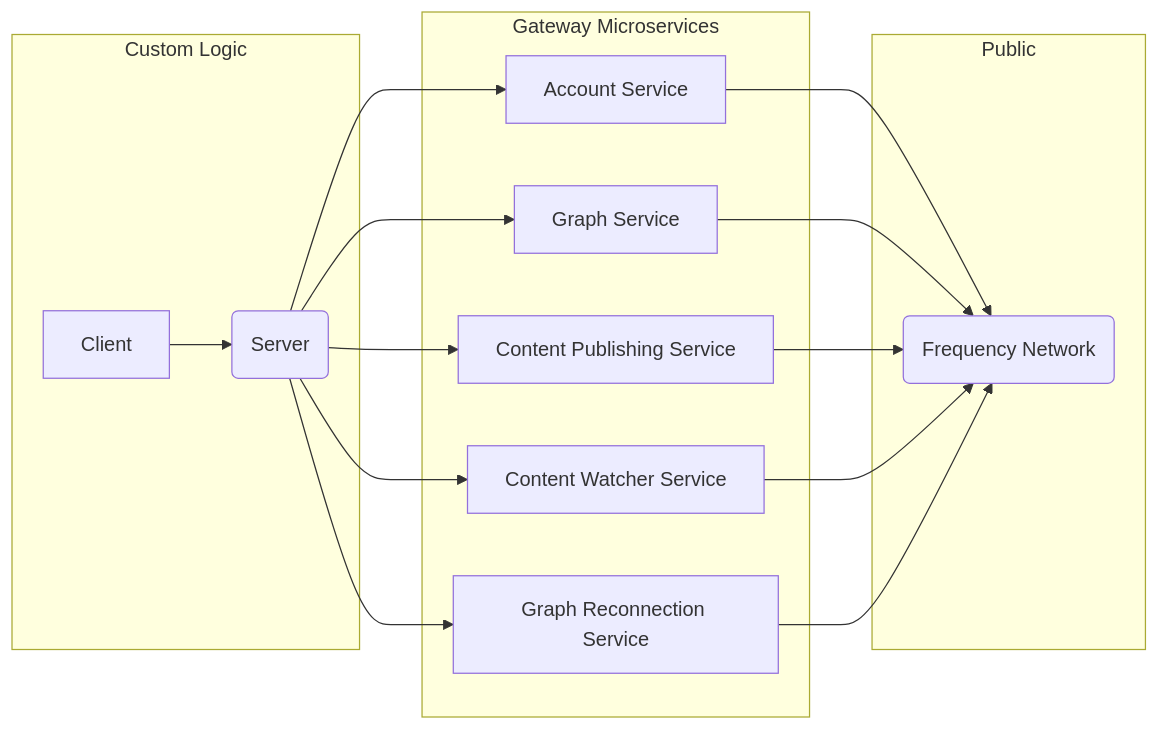
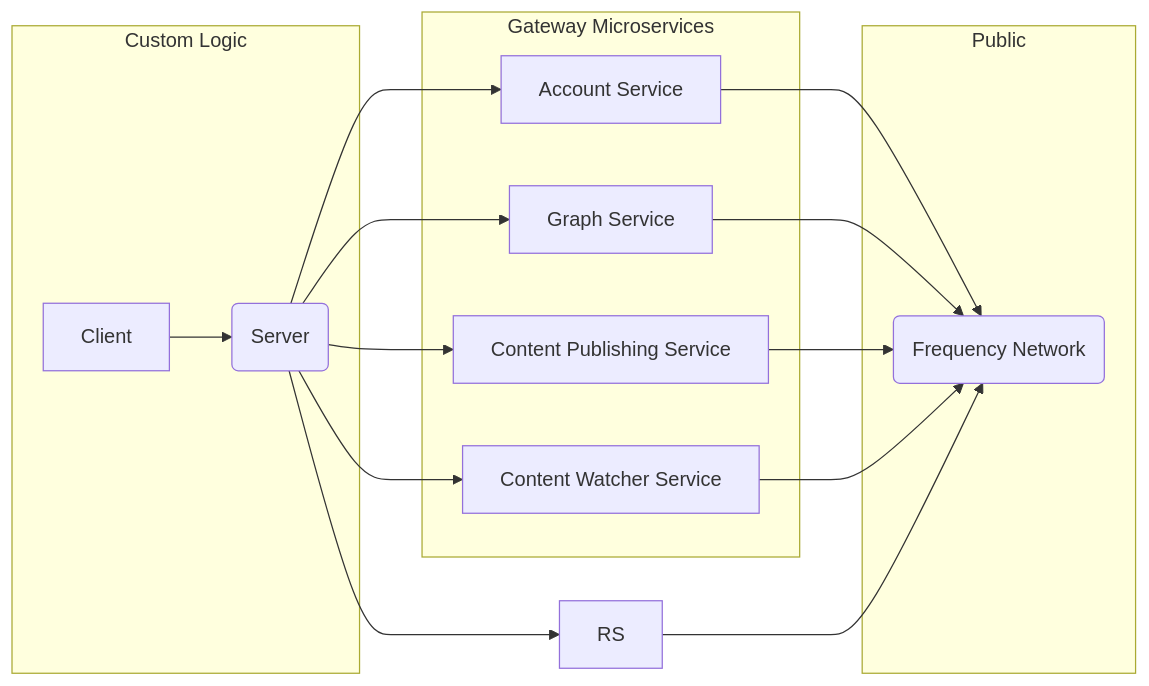
Before and after one commit to ProjectLibertyLabs/gateway: the diagram in README.md, drawn with Mermaid. The commit also changed other lines of this file, not shown here.

Commit message:
Remove reconnection service from mention

````diff
--- a/README.md
+++ b/README.md
@@ -33,26 +33,25 @@
 ```mermaid
 flowchart LR;
     subgraph Custom Logic
         C[Client] --> S(Server)
     end
     subgraph Gateway Microservices
         AS[Account Service]
         GS[Graph Service]
         CPS[Content Publishing Service]
         CWS[Content Watcher Service]
-        RS[Graph Reconnection Service]
     end
     S --> AS
     S --> GS
     S --> CPS
     S --> CWS
     S --> RS
     subgraph Public
         F(Frequency Network)
     end
     AS --> F
     GS --> F
     CPS --> F
     CWS --> F
     RS --> F
 ```
````
